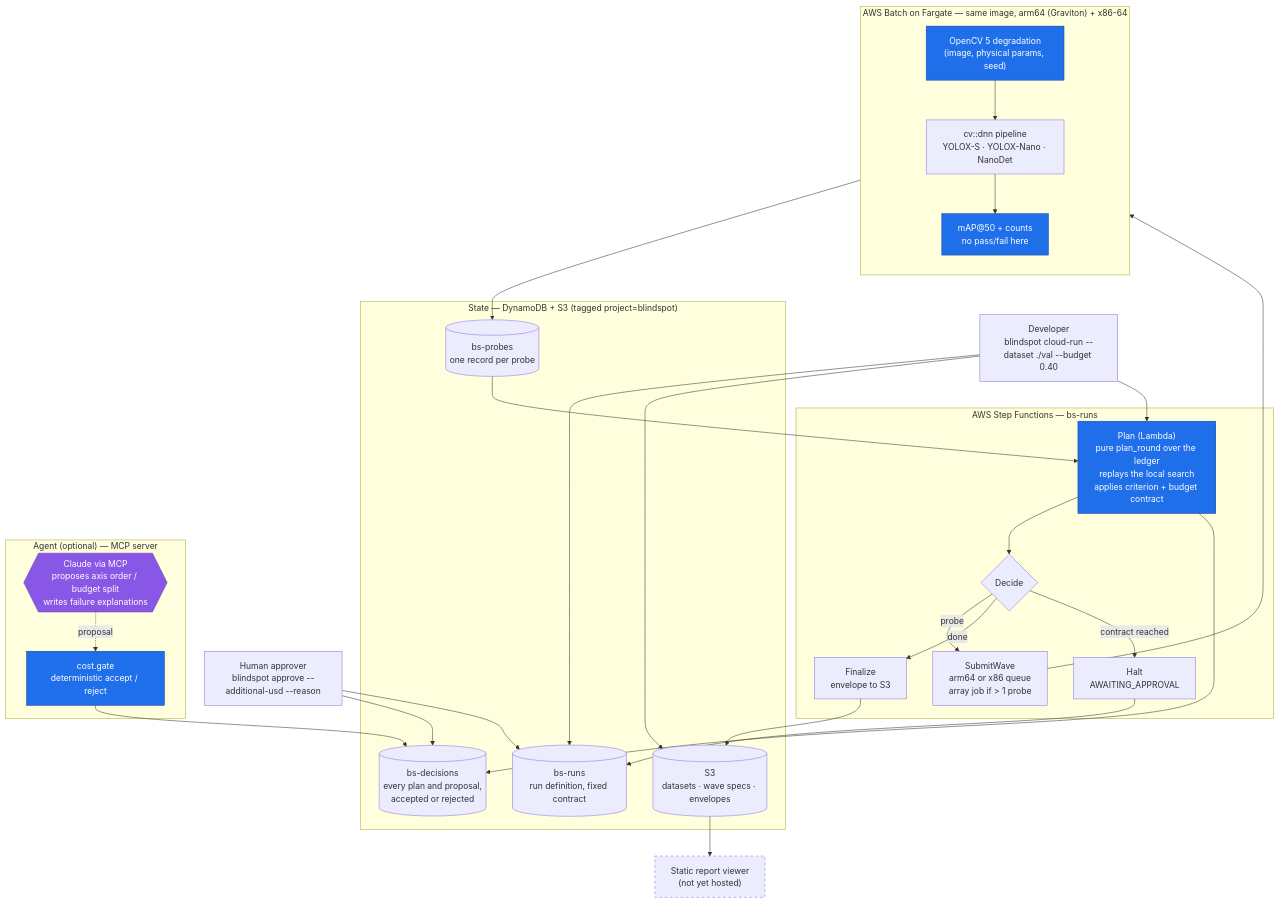
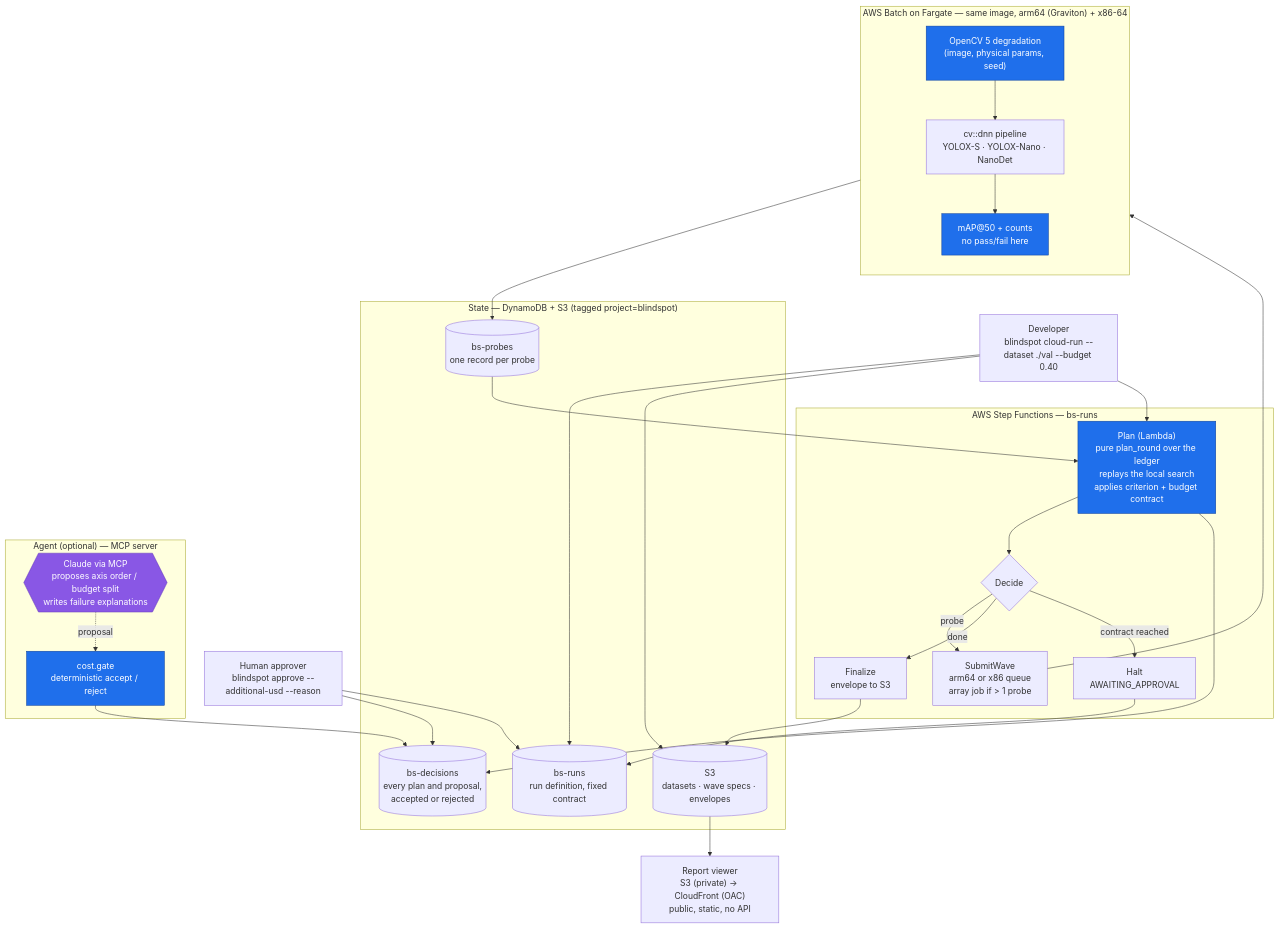
One commit to Kim-Hakseong/blindspot changed the first of 2 diagrams in docs/architecture.md. Above: the diagram before and after it, drawn with Mermaid. The commit also changed other lines of this file and 6 other files, not shown here.

````diff
--- a/docs/architecture.md
+++ b/docs/architecture.md
@@ -10,58 +10,57 @@
 ```mermaid
 flowchart TB
     dev["Developer<br/>blindspot cloud-run --dataset ./val --budget 0.40"]
     human["Human approver<br/>blindspot approve --additional-usd --reason"]
 
     subgraph state["State — DynamoDB + S3 (tagged project=blindspot)"]
         runs[("bs-runs<br/>run definition, fixed contract")]
         ledger[("bs-probes<br/>one record per probe")]
         decisions[("bs-decisions<br/>every plan and proposal,<br/>accepted or rejected")]
         s3[("S3<br/>datasets · wave specs · envelopes")]
     end
 
     subgraph loop["AWS Step Functions — bs-runs"]
         plan["Plan (Lambda)<br/>pure plan_round over the ledger<br/>replays the local search<br/>applies criterion + budget contract"]
         decide{"Decide"}
         submit["SubmitWave<br/>arm64 or x86 queue<br/>array job if > 1 probe"]
         finalize["Finalize<br/>envelope to S3"]
         halt["Halt<br/>AWAITING_APPROVAL"]
     end
 
     subgraph worker["AWS Batch on Fargate — same image, arm64 (Graviton) + x86-64"]
         direction TB
         w1["OpenCV 5 degradation<br/>(image, physical params, seed)"]
         w2["cv::dnn pipeline<br/>YOLOX-S · YOLOX-Nano · NanoDet"]
         w3["mAP@50 + counts<br/>no pass/fail here"]
         w1 --> w2 --> w3
     end
 
     subgraph agent["Agent (optional) — MCP server"]
         mcp{{"Claude via MCP<br/>proposes axis order / budget split<br/>writes failure explanations"}}
         gate["cost.gate<br/>deterministic accept / reject"]
     end
 
-    viewer["Static report viewer<br/>(not yet hosted)"]
+    viewer["Report viewer<br/>S3 (private) → CloudFront (OAC)<br/>public, static, no API"]
 
     dev --> runs
     dev --> s3
     dev --> plan
     plan --> decide
     decide -->|probe| submit --> worker
     worker --> ledger
     ledger --> plan
     decide -->|done| finalize --> s3
     decide -->|contract reached| halt --> runs
     plan --> decisions
     human --> decisions
     human --> runs
     mcp -.proposal.-> gate
     gate --> decisions
     s3 --> viewer
 
     classDef judgment fill:#1f6feb,stroke:#0d419d,color:#fff
     classDef llm fill:#8957e5,stroke:#6639ba,color:#fff
     classDef planned stroke-dasharray: 5 5
     class plan,w1,w3,gate judgment
     class mcp llm
-    class viewer planned
 ```
````
